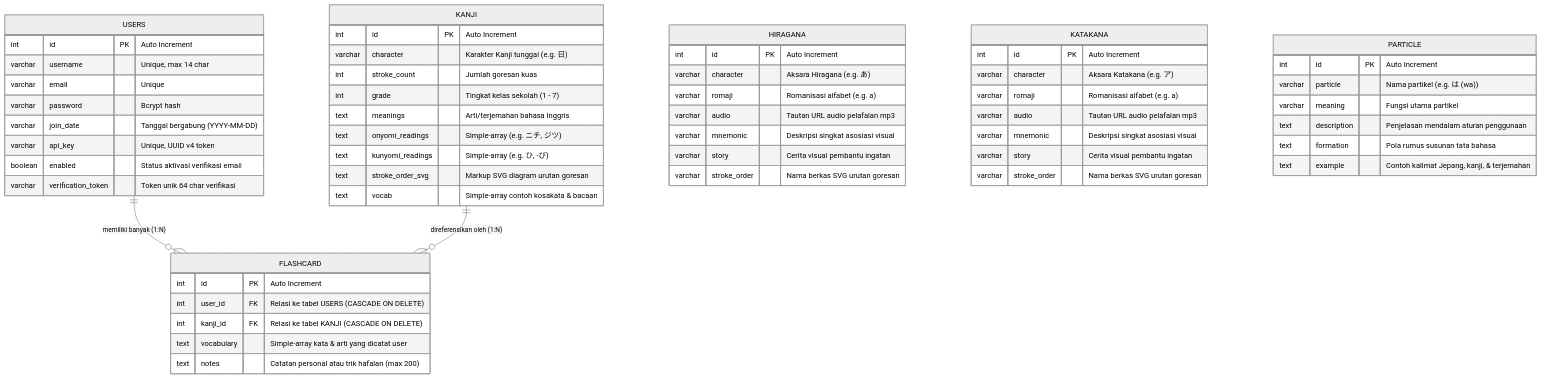
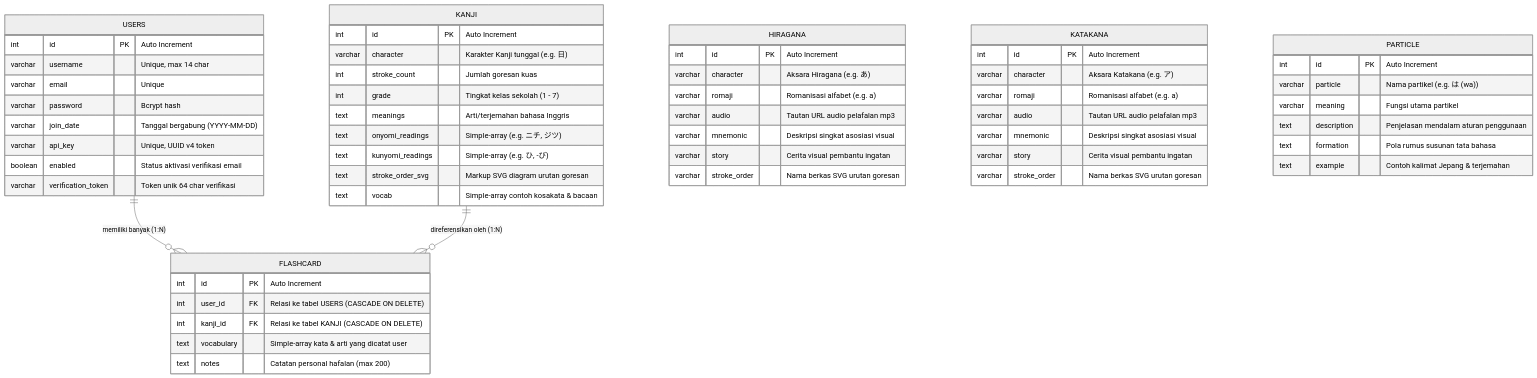
Before and after one commit to minipingu/kitsuno-tapi-nest-js-sqlite: the sixth of 6 diagrams in README.md, drawn with Mermaid (neutral theme). The commit also changed other lines of this file and 1 other file, not shown here.

````diff
--- a/README.md
+++ b/README.md
@@ -433,65 +443,65 @@
 ```mermaid
 erDiagram
     USERS ||--o{ FLASHCARD : "memiliki banyak (1:N)"
     KANJI ||--o{ FLASHCARD : "direferensikan oleh (1:N)"
 
     USERS {
         int id PK "Auto Increment"
         varchar username "Unique, max 14 char"
         varchar email "Unique"
         varchar password "Bcrypt hash"
         varchar join_date "Tanggal bergabung (YYYY-MM-DD)"
         varchar api_key "Unique, UUID v4 token"
         boolean enabled "Status aktivasi verifikasi email"
         varchar verification_token "Token unik 64 char verifikasi"
     }
 
     KANJI {
         int id PK "Auto Increment"
         varchar character "Karakter Kanji tunggal (e.g. 日)"
         int stroke_count "Jumlah goresan kuas"
         int grade "Tingkat kelas sekolah (1 - 7)"
         text meanings "Arti/terjemahan bahasa Inggris"
         text onyomi_readings "Simple-array (e.g. ニチ, ジツ)"
         text kunyomi_readings "Simple-array (e.g. ひ, -び)"
         text stroke_order_svg "Markup SVG diagram urutan goresan"
         text vocab "Simple-array contoh kosakata & bacaan"
     }
 
     FLASHCARD {
         int id PK "Auto Increment"
         int user_id FK "Relasi ke tabel USERS (CASCADE ON DELETE)"
         int kanji_id FK "Relasi ke tabel KANJI (CASCADE ON DELETE)"
         text vocabulary "Simple-array kata & arti yang dicatat user"
-        text notes "Catatan personal atau trik hafalan (max 200)"
+        text notes "Catatan personal hafalan (max 200)"
     }
 
     HIRAGANA {
         int id PK "Auto Increment"
         varchar character "Aksara Hiragana (e.g. あ)"
         varchar romaji "Romanisasi alfabet (e.g. a)"
         varchar audio "Tautan URL audio pelafalan mp3"
         varchar mnemonic "Deskripsi singkat asosiasi visual"
         varchar story "Cerita visual pembantu ingatan"
         varchar stroke_order "Nama berkas SVG urutan goresan"
     }
 
     KATAKANA {
         int id PK "Auto Increment"
         varchar character "Aksara Katakana (e.g. ア)"
         varchar romaji "Romanisasi alfabet (e.g. a)"
         varchar audio "Tautan URL audio pelafalan mp3"
         varchar mnemonic "Deskripsi singkat asosiasi visual"
         varchar story "Cerita visual pembantu ingatan"
         varchar stroke_order "Nama berkas SVG urutan goresan"
     }
 
     PARTICLE {
         int id PK "Auto Increment"
         varchar particle "Nama partikel (e.g. は (wa))"
         varchar meaning "Fungsi utama partikel"
         text description "Penjelasan mendalam aturan penggunaan"
         text formation "Pola rumus susunan tata bahasa"
-        text example "Contoh kalimat Jepang, kanji, & terjemahan"
+        text example "Contoh kalimat Jepang & terjemahan"
     }
 ```
````
